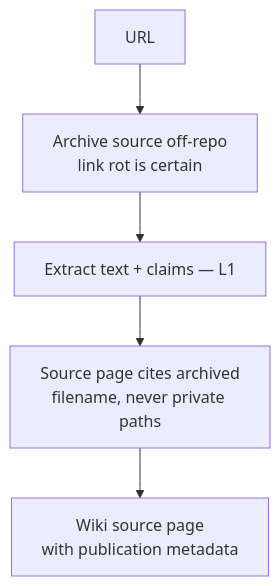
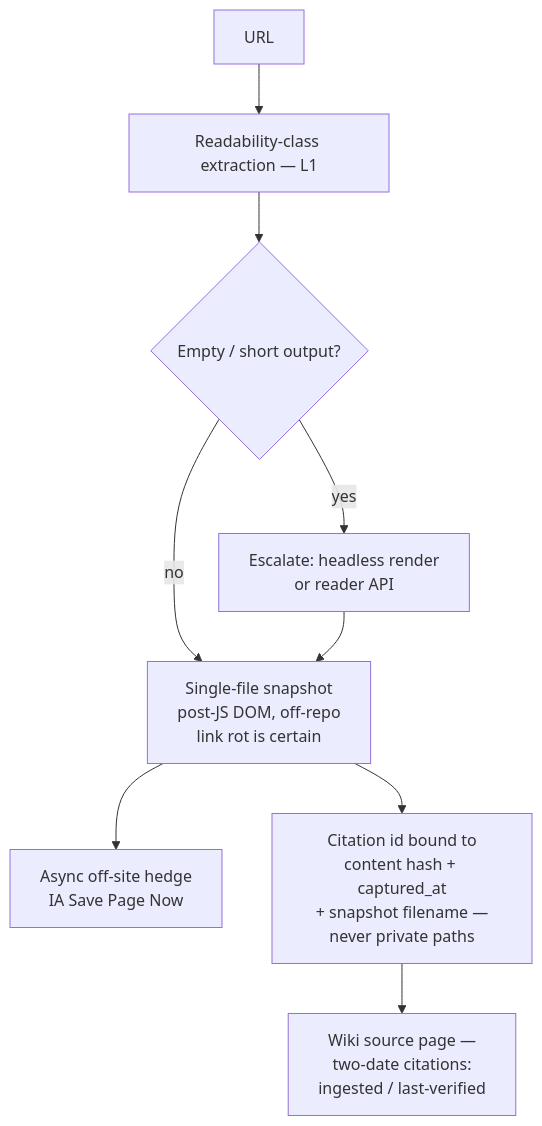
Before and after one commit to vamseeachanta/raw-to-knowledge-playbook: diagram 11 of 11 in docs/13-lane-flowcharts.md, drawn with Mermaid. The commit also changed 1 other file, not shown here.

Commit message:
docs: web article/post lane — snapshot tier, escalation path, two-date provenance (#36)
Per issue #11 research (see issue comment): readability extraction as the
knowledge store, post-JS single-file snapshot as the provenance tier,
async IA Save Page Now as the link-rot hedge; citation bound to
content hash + captured_at + snapshot filename; two-date citation
contract (ingested / last-verified) for mutable sources.

````diff
--- a/docs/13-lane-flowcharts.md
+++ b/docs/13-lane-flowcharts.md
@@ -178,7 +178,11 @@
 ```mermaid
 flowchart TD
-    A[URL] --> B[Archive source off-repo<br>link rot is certain]
-    B --> C[Extract text + claims — L1]
-    C --> D[Source page cites archived<br>filename, never private paths]
-    D --> E[Wiki source page<br>with publication metadata]
+    A[URL] --> B[Readability-class extraction — L1]
+    B --> C{Empty / short output?}
+    C -- yes --> D[Escalate: headless render<br>or reader API]
+    C -- no --> E[Single-file snapshot<br>post-JS DOM, off-repo<br>link rot is certain]
+    D --> E
+    E --> F[Async off-site hedge<br>IA Save Page Now]
+    E --> G[Citation id bound to<br>content hash + captured_at<br>+ snapshot filename —<br>never private paths]
+    G --> H[Wiki source page —<br>two-date citations:<br>ingested / last-verified]
 ```
````
